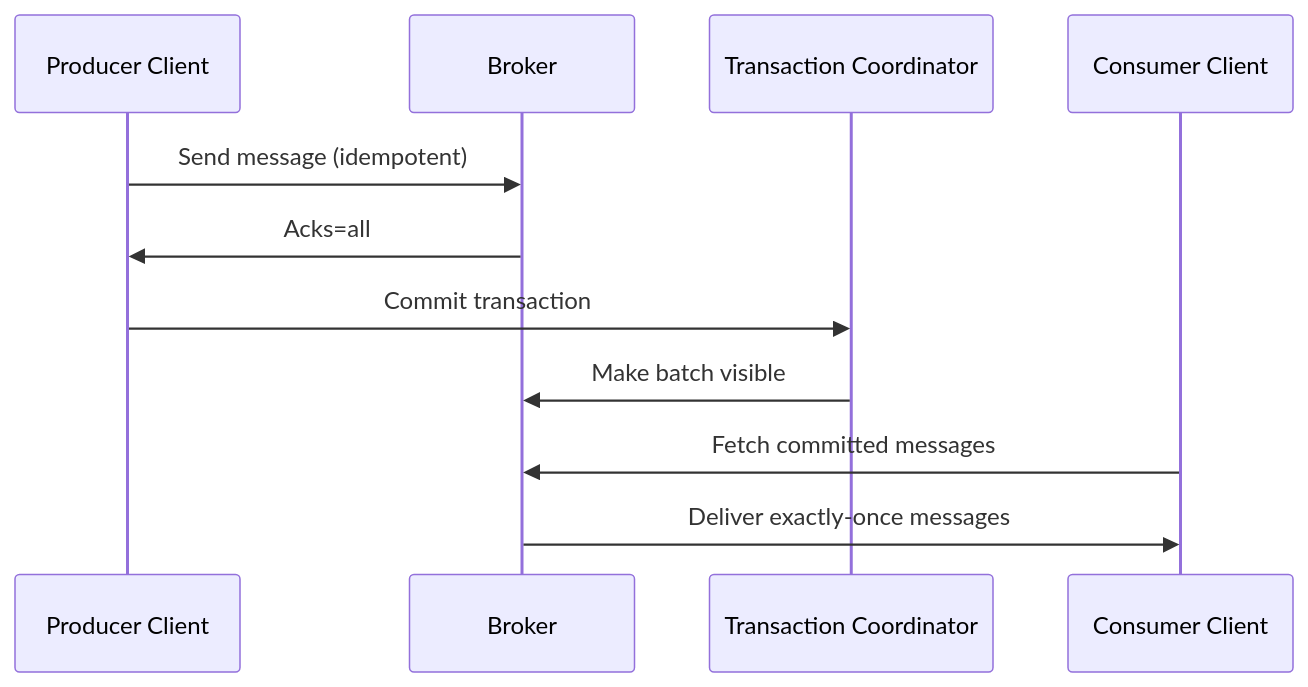
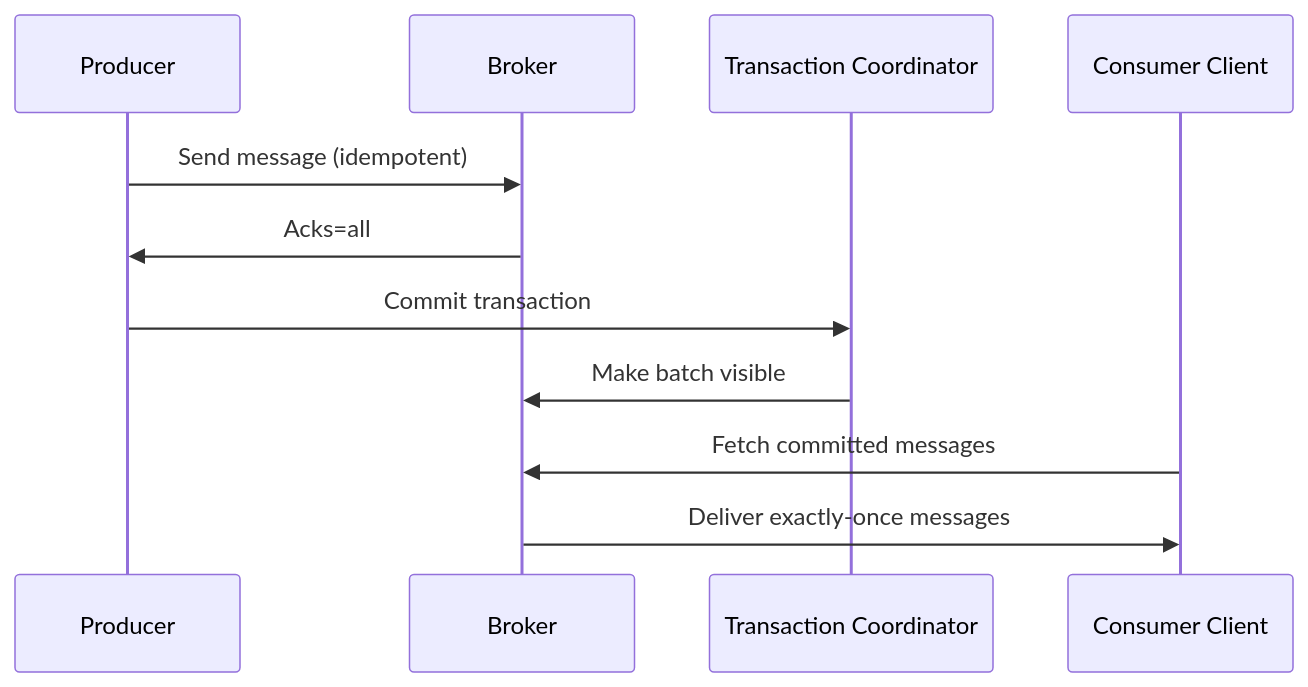
One commit to progvocab/products-service changed the diagram in design/messaging-systems/kafka/message.md. Above: the diagram before and after it, drawn with Mermaid. The commit also changed other lines of this file, not shown here.

````diff
--- a/design/messaging-systems/kafka/message.md
+++ b/design/messaging-systems/kafka/message.md
@@ -53,14 +54,14 @@
 ```mermaid
 sequenceDiagram
-    participant P as Producer Client
+    participant P as Producer 
     participant B as Broker
     participant TC as Transaction Coordinator
     participant C as Consumer Client
 
     P->>B: Send message (idempotent)
     B->>P: Acks=all
     P->>TC: Commit transaction
     TC->>B: Make batch visible
     C->>B: Fetch committed messages
     B->>C: Deliver exactly-once messages
 ```
````
